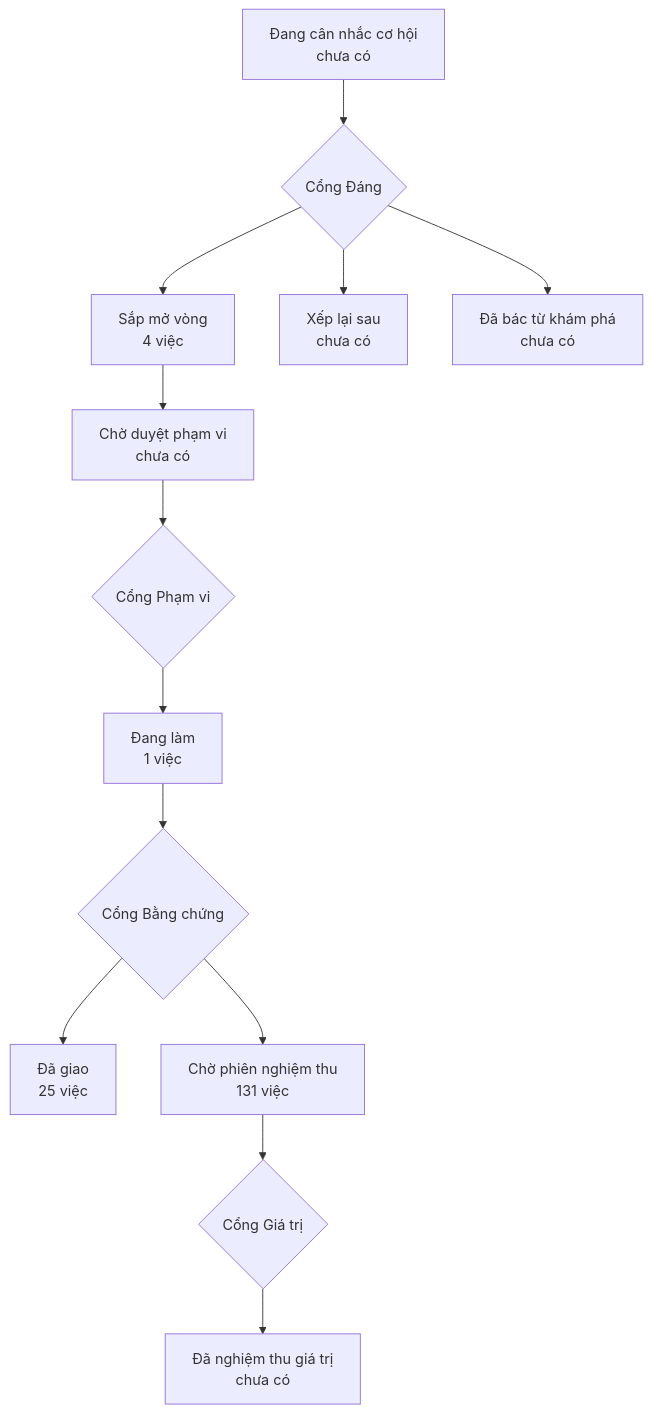
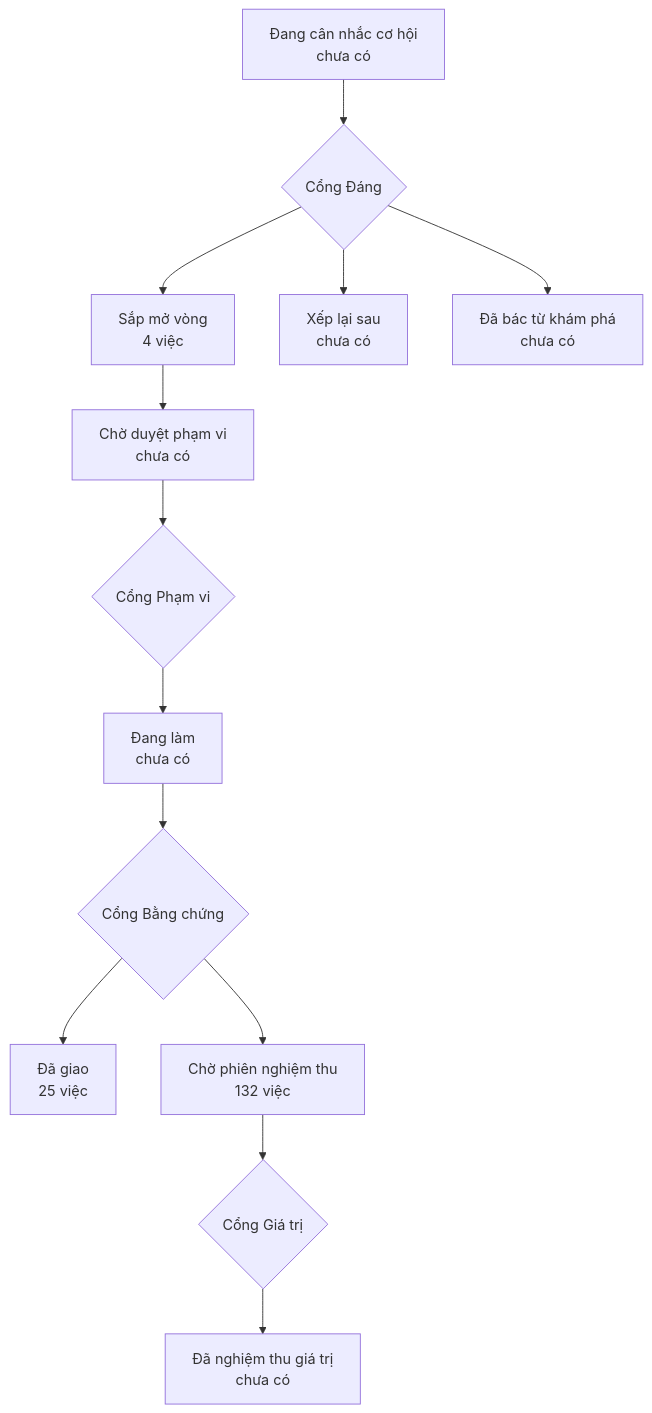
Before and after one commit to phanlemanh/onehub-quy-hang: the diagram in PRODUCT-MAP.md, drawn with Mermaid. The commit also changed other lines of this file and 14 other files, not shown here.

````diff
--- a/PRODUCT-MAP.md
+++ b/PRODUCT-MAP.md
@@ -7,12 +7,12 @@
 ```mermaid
 flowchart TD
   A["Đang cân nhắc cơ hội<br/>chưa có"] --> GD{"Cổng Đáng"}
   GD --> B["Sắp mở vòng<br/>4 việc"]
   GD --> XL["Xếp lại sau<br/>chưa có"]
   GD --> DB["Đã bác từ khám phá<br/>chưa có"]
   B --> CD["Chờ duyệt phạm vi<br/>chưa có"] --> GP{"Cổng Phạm vi"}
-  GP --> DL["Đang làm<br/>1 việc"] --> GB{"Cổng Bằng chứng"}
+  GP --> DL["Đang làm<br/>chưa có"] --> GB{"Cổng Bằng chứng"}
   GB --> DG["Đã giao<br/>25 việc"]
-  GB --> CN["Chờ phiên nghiệm thu<br/>131 việc"] --> GG{"Cổng Giá trị"}
+  GB --> CN["Chờ phiên nghiệm thu<br/>132 việc"] --> GG{"Cổng Giá trị"}
   GG --> NT["Đã nghiệm thu giá trị<br/>chưa có"]
 ```
````
